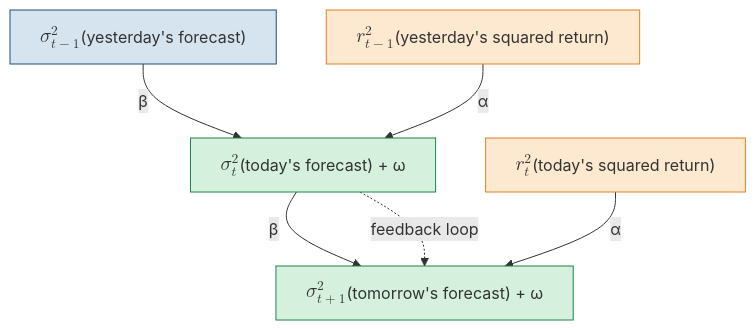
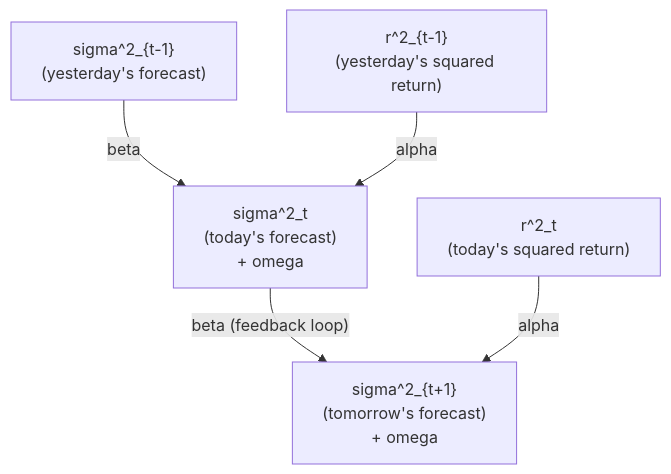
Before and after one commit to xRyann2255/ML-GS: the first of 2 diagrams in vol-learning-guide/markdown/ch05-garch-family.md, drawn with Mermaid. The commit also changed other lines of this file and 19 other files, not shown here.

````diff
--- a/vol-learning-guide/markdown/ch05-garch-family.md
+++ b/vol-learning-guide/markdown/ch05-garch-family.md
@@ -67,21 +51,13 @@
 ```mermaid
 flowchart TD
-    sig2prev["$$\sigma^2_{t-1}$$ (yesterday's forecast)"]
-    r2prev["$$r^2_{t-1}$$ (yesterday's squared return)"]
-    sig2t["$$\sigma^2_{t}$$ (today's forecast) + ω"]
-    r2t["$$r^2_{t}$$ (today's squared return)"]
-    sig2next["$$\sigma^2_{t+1}$$ (tomorrow's forecast) + ω"]
+    sig2prev["sigma^2_{t-1}<br/>(yesterday's forecast)"]
+    r2prev["r^2_{t-1}<br/>(yesterday's squared return)"]
+    sig2t["sigma^2_t<br/>(today's forecast)<br/>+ omega"]
+    r2t["r^2_t<br/>(today's squared return)"]
+    sig2next["sigma^2_{t+1}<br/>(tomorrow's forecast)<br/>+ omega"]
 
-    sig2prev -->|"β"| sig2t
-    r2prev -->|"α"| sig2t
-    sig2t -->|"β"| sig2next
-    r2t -->|"α"| sig2next
-    sig2t -.->|"feedback loop"| sig2next
-
-    classDef data fill:#fde8d0,stroke:#e67e22;
-    classDef compute fill:#d5f0dd,stroke:#1e8449;
-    classDef memory fill:#d6e4f0,stroke:#1a5276;
-    class r2prev,r2t data;
-    class sig2t,sig2next compute;
-    class sig2prev memory;
+    sig2prev -- "beta" --> sig2t
+    r2prev -- "alpha" --> sig2t
+    sig2t -- "beta (feedback loop)" --> sig2next
+    r2t -- "alpha" --> sig2next
 ```
````
